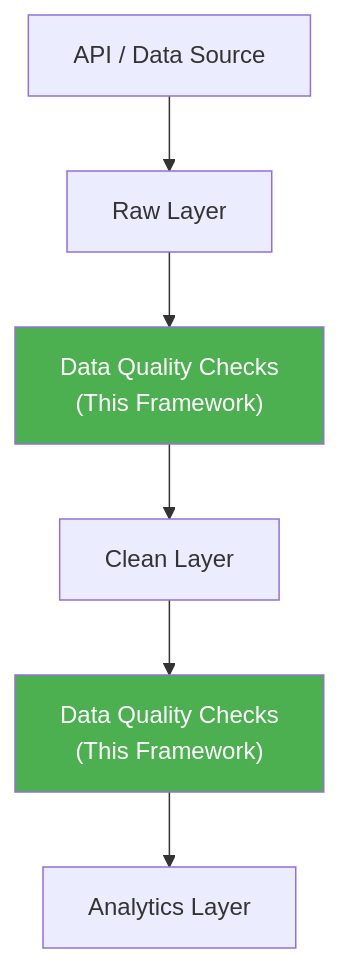
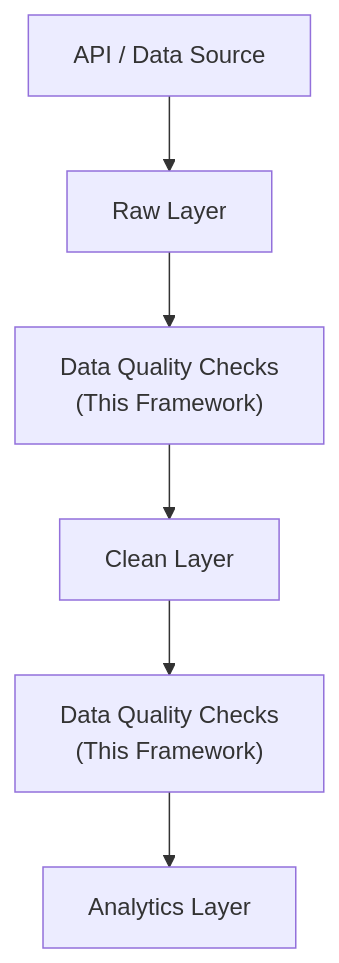
The first of 3 diagrams in README.md (GRamos199/data-quality-framework), drawn with Mermaid before and after one commit. The commit also changed other lines of this file, not shown here.

Commit message:
refactor: Remove unnecessary styles from mermaid diagrams in README

````diff
--- a/README.md
+++ b/README.md
@@ -21,11 +21,9 @@
 ```mermaid
 graph TD
     A["API / Data Source"] --> B["Raw Layer"]
     B --> C["Data Quality Checks<br/>(This Framework)"]
     C --> D["Clean Layer"]
     D --> E["Data Quality Checks<br/>(This Framework)"]
     E --> F["Analytics Layer"]
     
-    style C fill:#4CAF50,color:#fff
-    style E fill:#4CAF50,color:#fff
 ```
````
